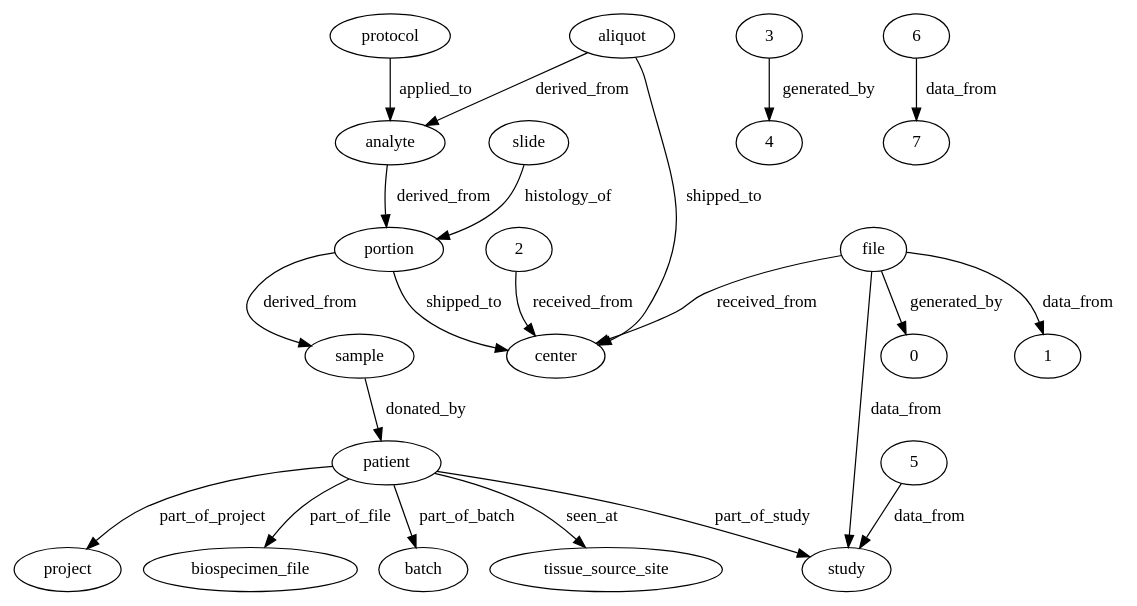
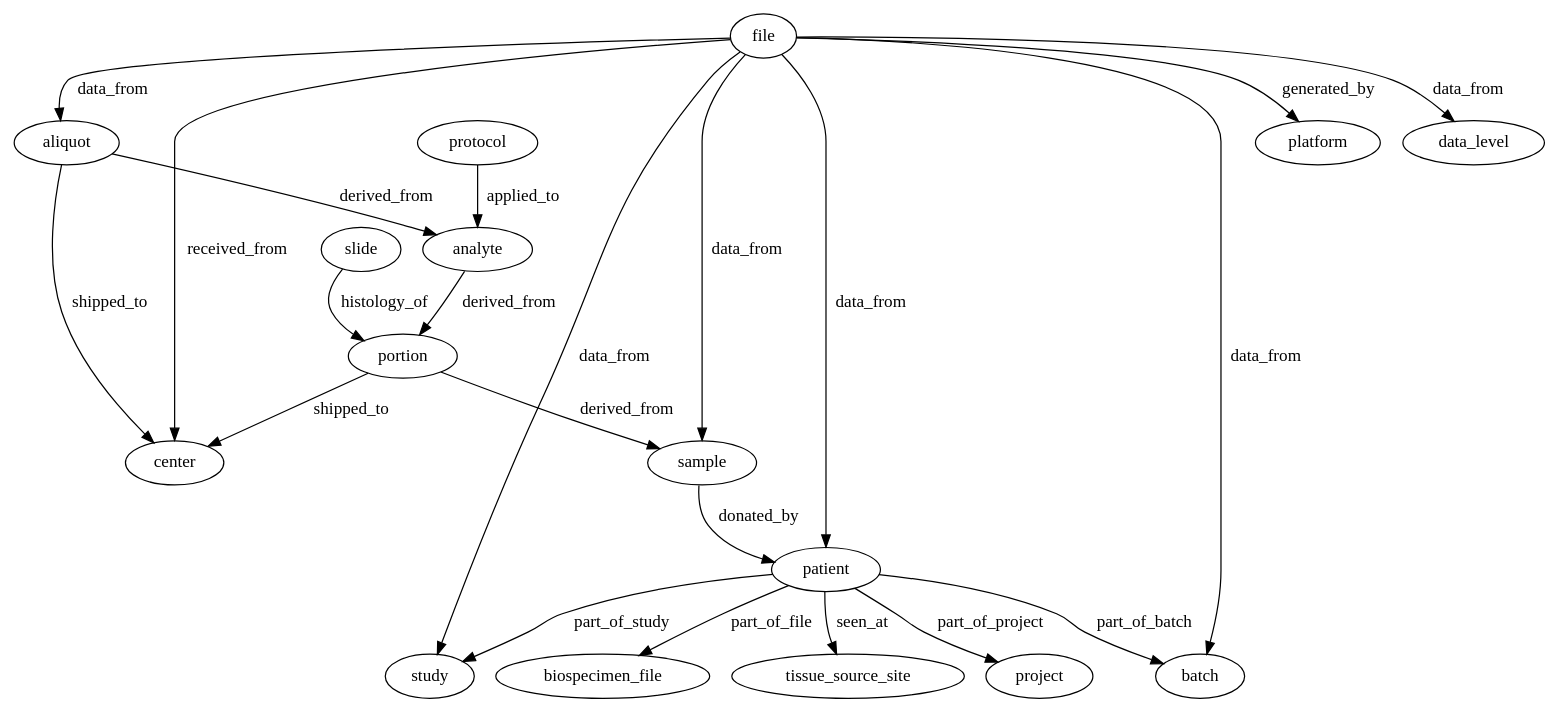
Before and after one commit to NCI-GDC/gdcdatamodel: the diagram in data_model/visualization/generated.gv, drawn with Graphviz. The commit also changed 6 other files, not shown here.

```diff
--- a/data_model/visualization/generated.gv
+++ b/data_model/visualization/generated.gv
@@ -1,66 +1,66 @@
 // XML Generate Datamodel
 digraph {
 	aliquot
 	analyte
 		aliquot -> analyte [label=derived_from]
 	aliquot
 	center
 		aliquot -> center [label=shipped_to]
 	analyte
 	portion
 		analyte -> portion [label=derived_from]
 	sample
 	patient
 		sample -> patient [label=donated_by]
 	patient
 	batch
 		patient -> batch [label=part_of_batch]
 	patient
 	tissue_source_site
 		patient -> tissue_source_site [label=seen_at]
 	patient
 	study
 		patient -> study [label=part_of_study]
 	portion
 	sample
 		portion -> sample [label=derived_from]
 	protocol
 	analyte
 		protocol -> analyte [label=applied_to]
 	patient
 	project
 		patient -> project [label=part_of_project]
 	patient
 	biospecimen_file
 		patient -> biospecimen_file [label=part_of_file]
 	slide
 	portion
 		slide -> portion [label=histology_of]
 	portion
 	center
 		portion -> center [label=shipped_to]
 	file
 	center
 		file -> center [label=received_from]
 	file
-	0
-		file -> 0 [label=generated_by]
+	platform
+		file -> platform [label=generated_by]
 	file
 	study
 		file -> study [label=data_from]
 	file
-	1
-		file -> 1 [label=data_from]
-	2
-	center
-		2 -> center [label=received_from]
-	3
-	4
-		3 -> 4 [label=generated_by]
-	5
-	study
-		5 -> study [label=data_from]
-	6
-	7
-		6 -> 7 [label=data_from]
+	batch
+		file -> batch [label=data_from]
+	file
+	data_level
+		file -> data_level [label=data_from]
+	file
+	aliquot
+		file -> aliquot [label=data_from]
+	file
+	sample
+		file -> sample [label=data_from]
+	file
+	patient
+		file -> patient [label=data_from]
 }
```
